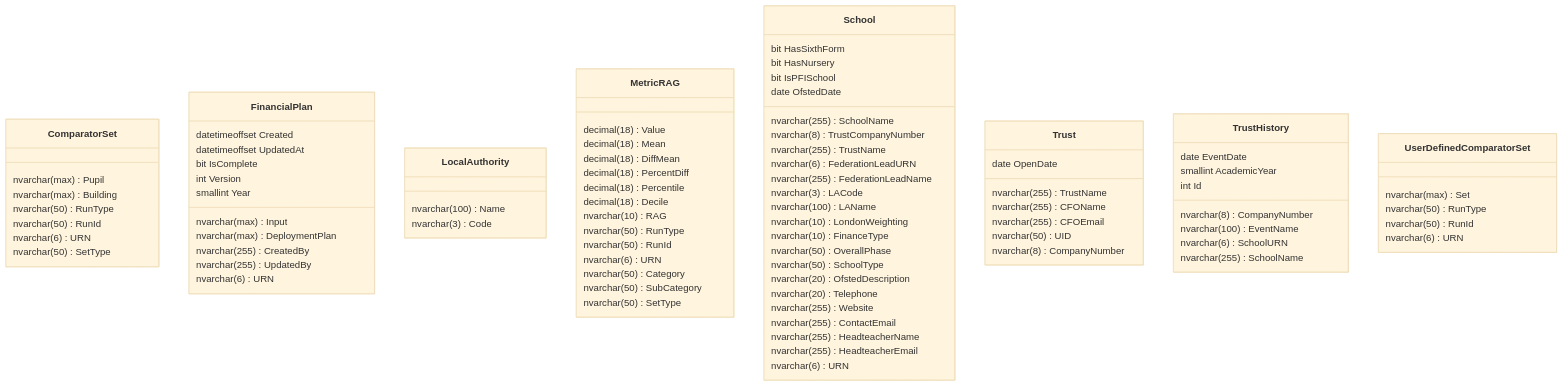
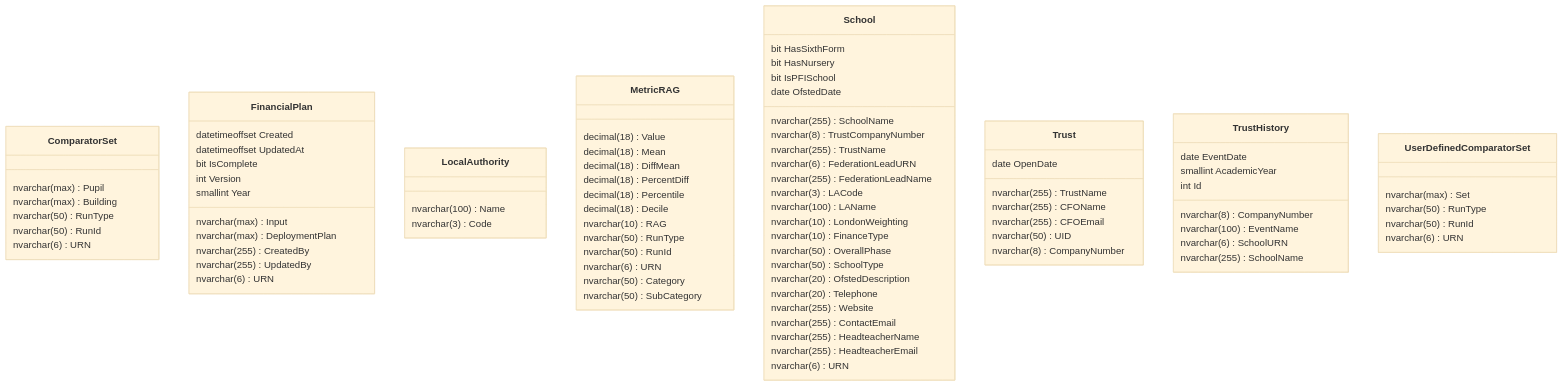
Before and after one commit to DFE-Digital/education-benchmarking-and-insights: the seventh of 7 diagrams in documentation/data/3_Processing.md, drawn with Mermaid (base theme). The commit also changed other lines of this file and 4 other files, not shown here.

```diff
--- a/documentation/data/3_Processing.md
+++ b/documentation/data/3_Processing.md
@@ -469,7 +469,6 @@
    nvarchar(50) RunType
    nvarchar(50) RunId
    nvarchar(6) URN
-   nvarchar(50) SetType
 }
 class FinancialPlan {
    nvarchar(max) Input
@@ -500,7 +499,6 @@
    nvarchar(6) URN
    nvarchar(50) Category
    nvarchar(50) SubCategory
-   nvarchar(50) SetType
 }
 class School {
    nvarchar(255) SchoolName
```
